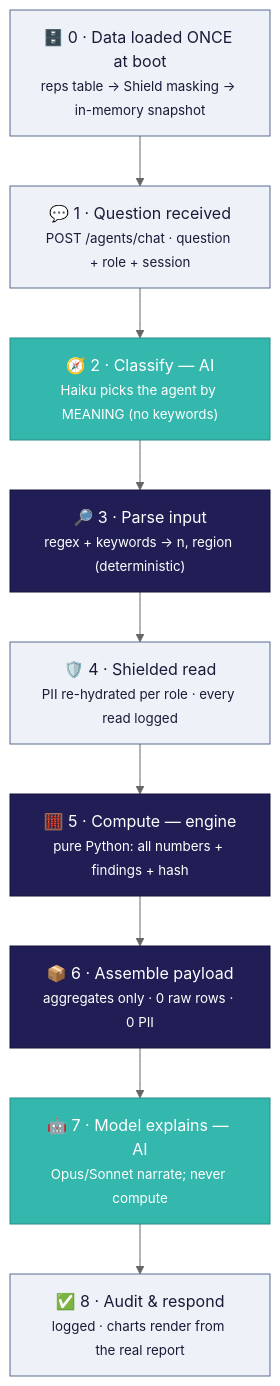
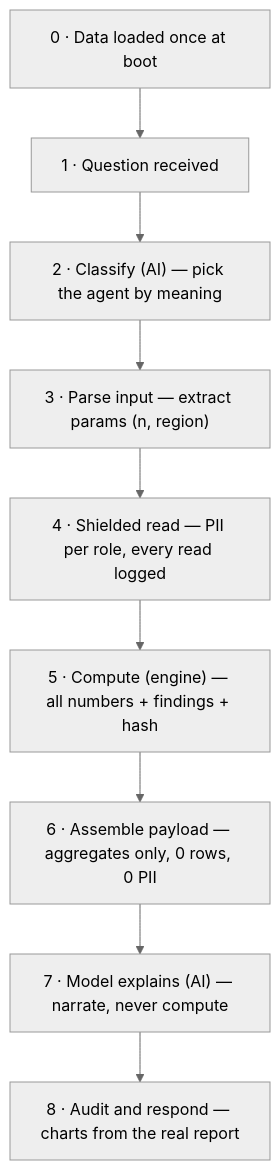
Before and after one commit to ivaturipraveen/Voiant: the first of 2 diagrams in docs/TECHNICAL_FLOW.md, drawn with Mermaid (neutral theme). The commit also changed other lines of this file and 11 other files, not shown here.

Commit message:
Shield on/off toggle, server-side dashboard cache, UI polish, deploy pin (3.12.8), detailed flow doc

````diff
--- a/docs/TECHNICAL_FLOW.md
+++ b/docs/TECHNICAL_FLOW.md
@@ -21,18 +20,11 @@
 ```mermaid
 flowchart TD
-    B["🗄️ 0 · Data loaded ONCE at boot<br/><small>reps table → Shield masking → in-memory snapshot</small>"]:::io
-    Q["💬 1 · Question received<br/><small>POST /agents/chat · question + role + session</small>"]:::io
-    C["🧭 2 · Classify — AI<br/><small>Haiku picks the agent by MEANING (no keywords)</small>"]:::ai
-    P["🔎 3 · Parse input<br/><small>regex + keywords → n, region (deterministic)</small>"]:::eng
-    R["🛡️ 4 · Shielded read<br/><small>PII re-hydrated per role · every read logged</small>"]:::io
-    E["🧮 5 · Compute — engine<br/><small>pure Python: all numbers + findings + hash</small>"]:::eng
-    A["📦 6 · Assemble payload<br/><small>aggregates only · 0 raw rows · 0 PII</small>"]:::eng
-    M["🤖 7 · Model explains — AI<br/><small>Opus/Sonnet narrate; never compute</small>"]:::ai
-    D["✅ 8 · Audit &amp; respond<br/><small>logged · charts render from the real report</small>"]:::io
-
-    B --> Q --> C --> P --> R --> E --> A --> M --> D
-
-    classDef ai fill:#34B7AD,stroke:#268E86,color:#ffffff;
-    classDef eng fill:#211E56,stroke:#16133A,color:#ffffff;
-    classDef io fill:#EEF1F7,stroke:#5A6B92,color:#1B1A38;
+    B["0 · Data loaded once at boot"] --> Q["1 · Question received"]
+    Q --> C["2 · Classify (AI) — pick the agent by meaning"]
+    C --> P["3 · Parse input — extract params (n, region)"]
+    P --> R["4 · Shielded read — PII per role, every read logged"]
+    R --> E["5 · Compute (engine) — all numbers + findings + hash"]
+    E --> A["6 · Assemble payload — aggregates only, 0 rows, 0 PII"]
+    A --> M["7 · Model explains (AI) — narrate, never compute"]
+    M --> D["8 · Audit and respond — charts from the real report"]
 ```
````
